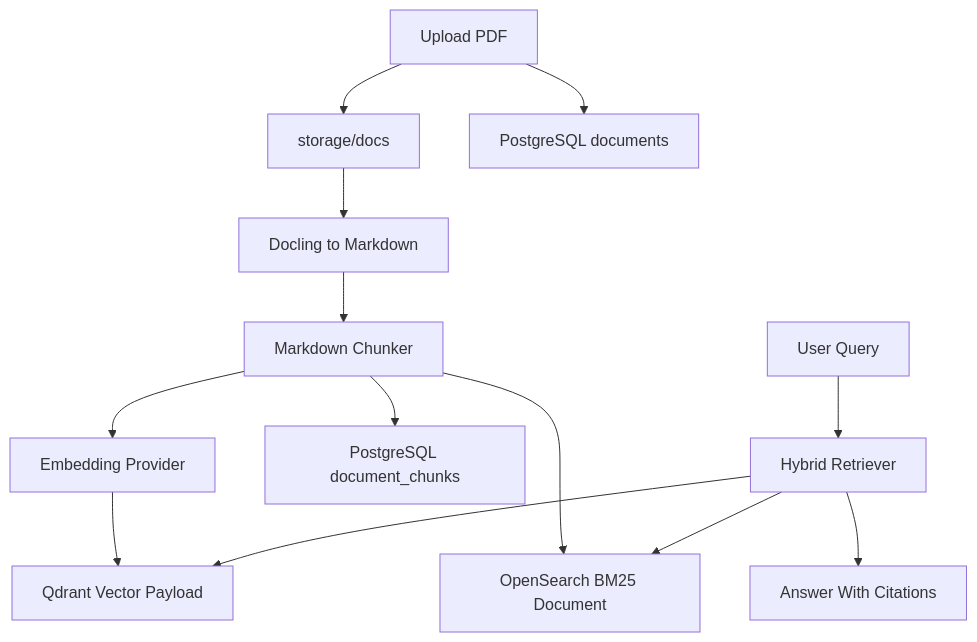
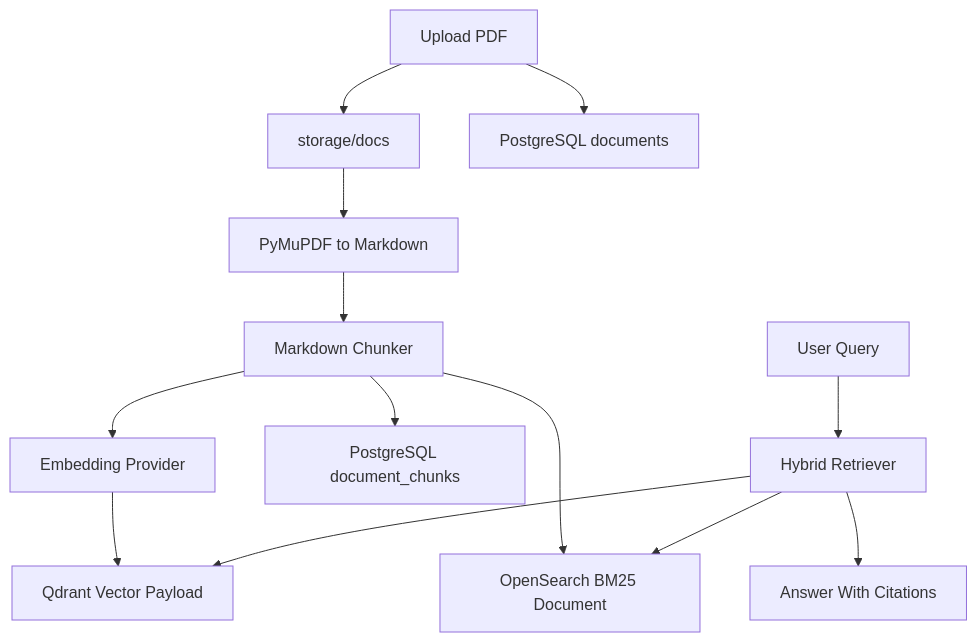
The diagram in docs/architecture.md (lucian-ni/Personal-Knowledge-Base), drawn with Mermaid before and after one commit. The commit also changed 9 other files, not shown here.

First line of the commit message:
feat: replace Docling with PyMuPDF for PDF->markdown conversion

````diff
--- a/docs/architecture.md
+++ b/docs/architecture.md
@@ -17,15 +17,15 @@
 ```mermaid
 flowchart TD
     Upload[Upload PDF] --> FileStore[storage/docs]
     Upload --> DocumentRow[PostgreSQL documents]
-    FileStore --> Docling[Docling to Markdown]
-    Docling --> Chunker[Markdown Chunker]
+    FileStore --> PdfConv[PyMuPDF to Markdown]
+    PdfConv --> Chunker[Markdown Chunker]
     Chunker --> Embedding[Embedding Provider]
     Chunker --> ChunkRows[PostgreSQL document_chunks]
     Embedding --> Qdrant[Qdrant Vector Payload]
     Chunker --> OpenSearch[OpenSearch BM25 Document]
     Query[User Query] --> Hybrid[Hybrid Retriever]
     Hybrid --> Qdrant
     Hybrid --> OpenSearch
     Hybrid --> Answer[Answer With Citations]
 ```
````
